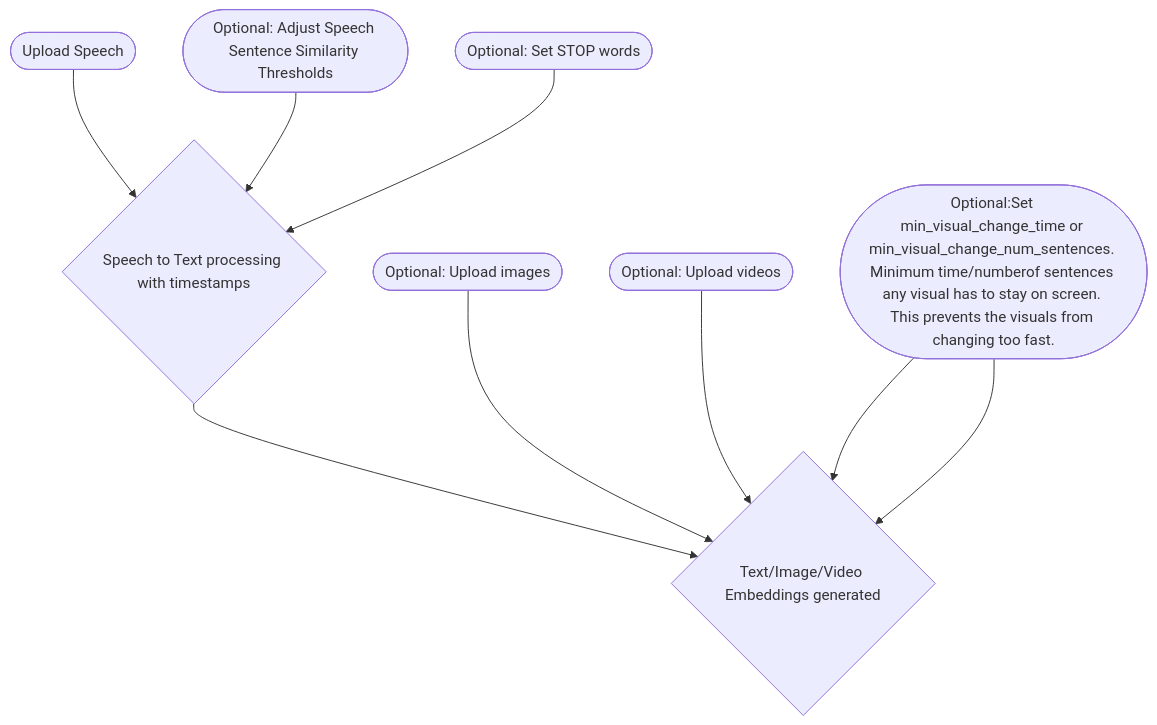
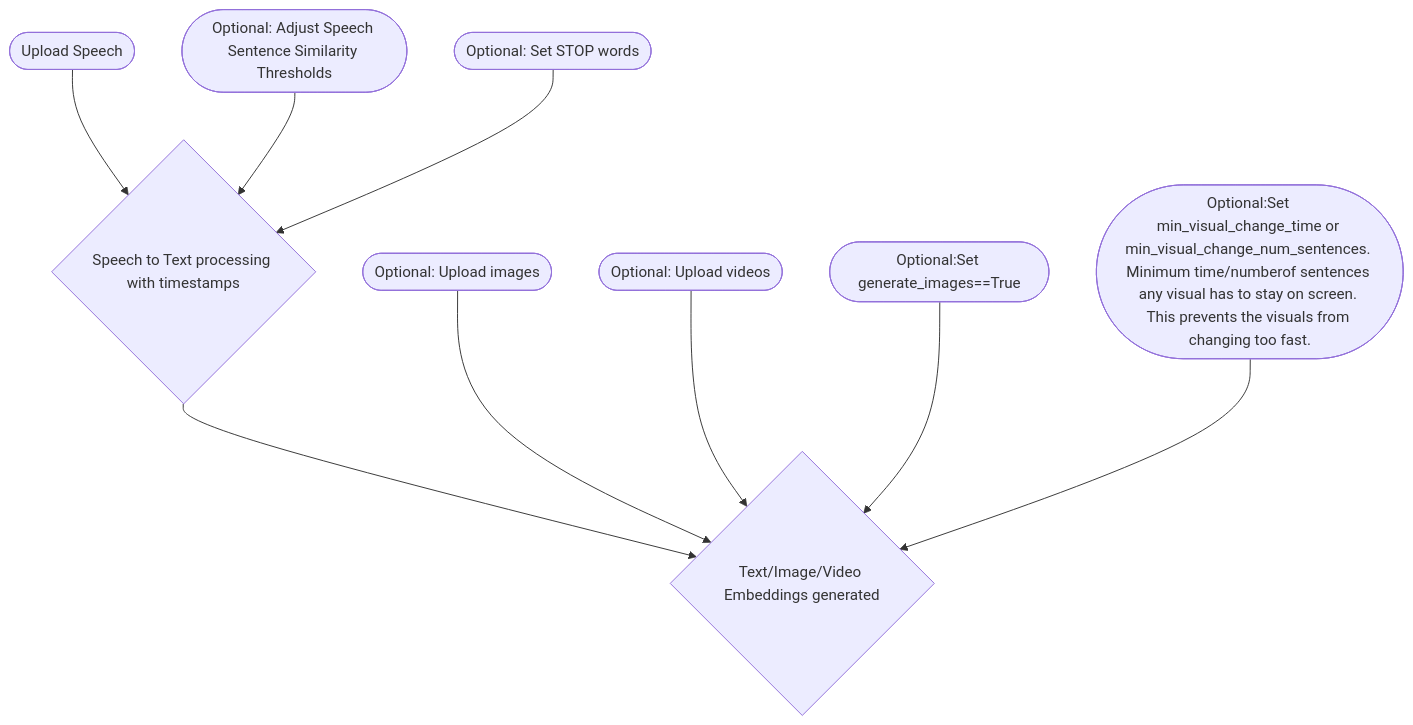
Before and after one commit to GeorgeDavila/yappy-video-editor: the diagram in README.md, drawn with Mermaid.

````diff
--- a/README.md
+++ b/README.md
@@ -9,11 +9,13 @@
 ```mermaid
 graph TD;
     A1(["Upload Speech"])-->B1{"Speech to Text processing with timestamps"};
-    A1OPT1(["Optional: Adjust Speech Sentence Similarity Thresholds"])-->B1;
-    A1OPT2(["Optional: Set STOP words"])-->B1;
     B1-->B2{"Text/Image/Video Embeddings generated"};
     A2(["Optional: Upload images"])-->B2;
     A3(["Optional: Upload videos"])-->B2;
-    A4(["Optional:Set generate_images==True"])-->B2;
-    A4(["Optional:Set min_visual_change_time or min_visual_change_num_sentences. Minimum time/numberof sentences any visual has to stay on screen. This prevents the visuals from changing too fast. "])-->B2;
+    
+    PARAM1(["Optional: Adjust Speech Sentence Similarity Thresholds"])-->B1;
+    PARAM2(["Optional: Set STOP words"])-->B1;
+    PARAM3(["Optional:Set generate_images==True"])-->B2;
+    PARAM4(["Optional:Set min_visual_change_time or min_visual_change_num_sentences. Minimum time/numberof sentences any visual has to stay on screen. This prevents the visuals from changing too fast. "])-->B2;
+
 ```
````
